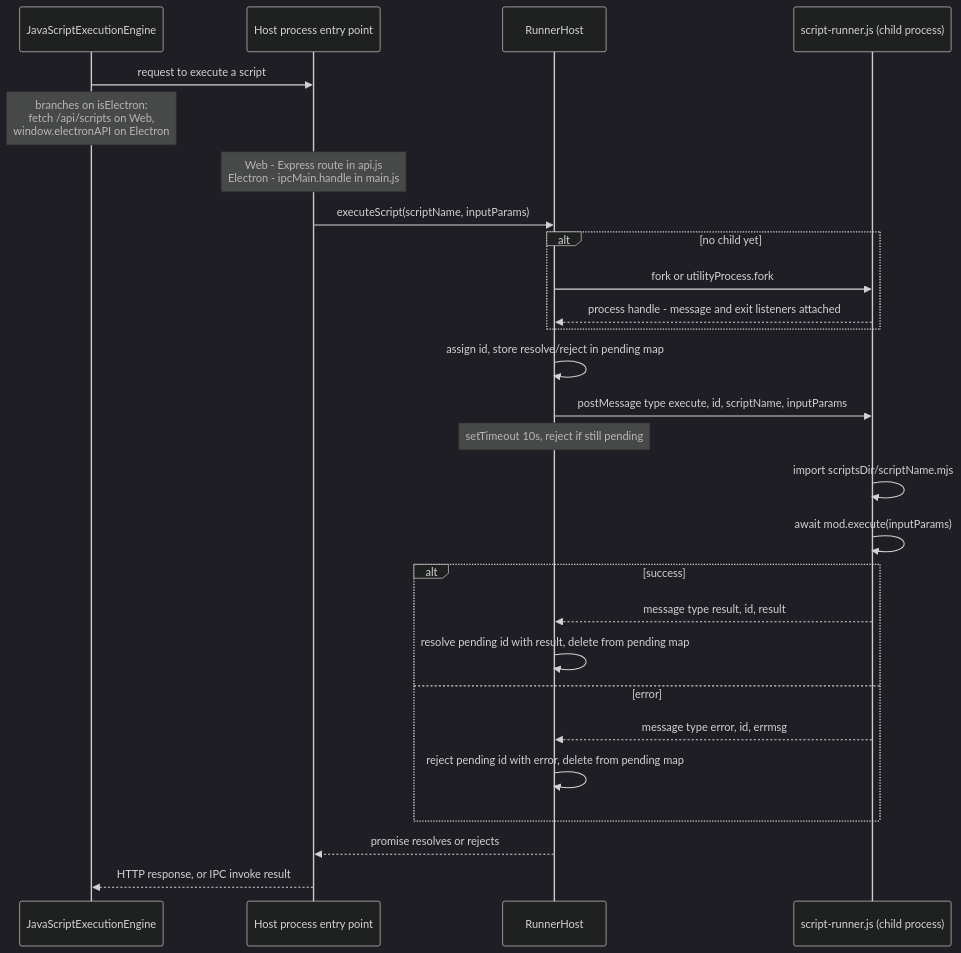
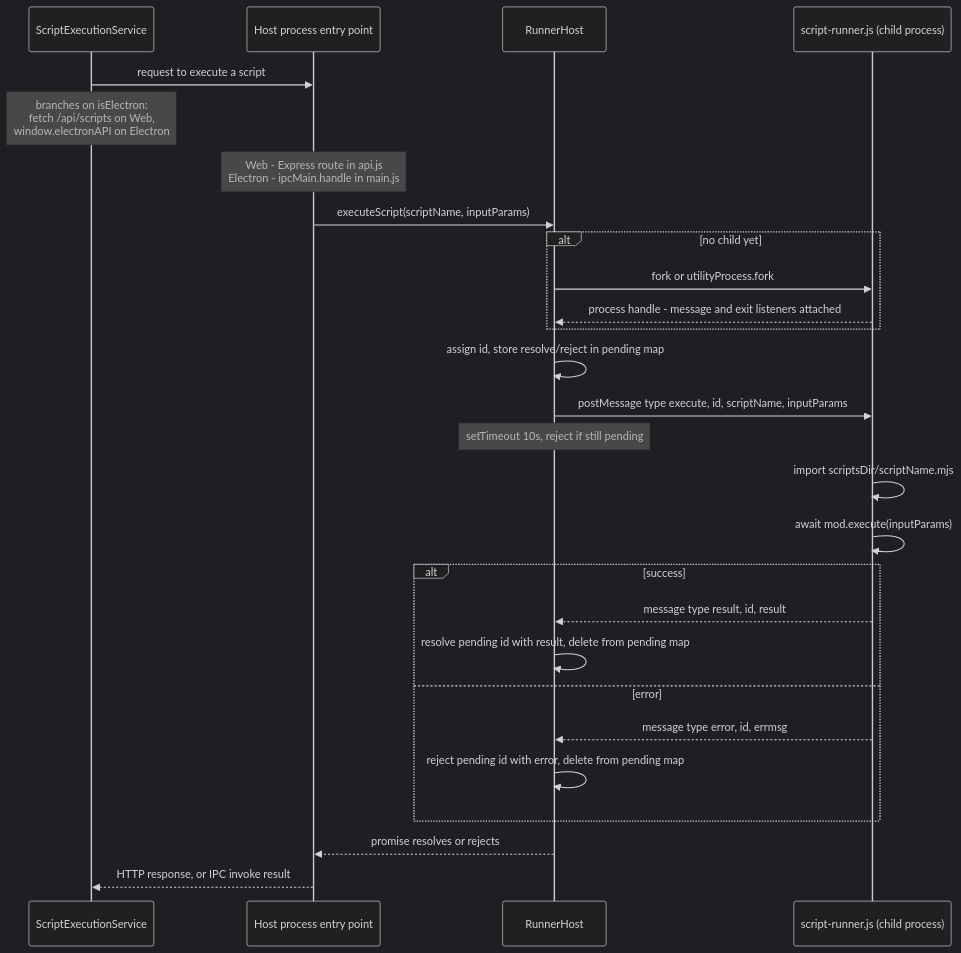
Before and after one commit to acchi17/ScriptFlow: the first of 2 diagrams in doc/script-runner-ipc-workflow.md, drawn with Mermaid (dark theme). The commit also changed other lines of this file and 20 other files, not shown here.

First line of the commit message:
feat: Implement Python script execution support

````diff
--- a/doc/script-runner-ipc-workflow.md
+++ b/doc/script-runner-ipc-workflow.md
@@ -64,30 +82,30 @@
 ```mermaid
 sequenceDiagram
-    participant Caller as JavaScriptExecutionEngine
+    participant Caller as ScriptExecutionService
     participant Entry as Host process entry point
     participant RH as RunnerHost
     participant Child as script-runner.js (child process)
 
     Caller->>Entry: request to execute a script
     Note over Caller: branches on isElectron:<br/>fetch /api/scripts on Web,<br/>window.electronAPI on Electron
     Note over Entry: Web - Express route in api.js<br/>Electron - ipcMain.handle in main.js
     Entry->>RH: executeScript(scriptName, inputParams)
     alt no child yet
         RH->>Child: fork or utilityProcess.fork
         Child-->>RH: process handle - message and exit listeners attached
     end
     RH->>RH: assign id, store resolve/reject in pending map
     RH->>Child: postMessage type execute, id, scriptName, inputParams
     Note over RH: setTimeout 10s, reject if still pending
     Child->>Child: import scriptsDir/scriptName.mjs
     Child->>Child: await mod.execute(inputParams)
     alt success
         Child-->>RH: message type result, id, result
         RH->>RH: resolve pending id with result, delete from pending map
     else error
         Child-->>RH: message type error, id, errmsg
         RH->>RH: reject pending id with error, delete from pending map
     end
     RH-->>Entry: promise resolves or rejects
     Entry-->>Caller: HTTP response, or IPC invoke result
 ```
````
